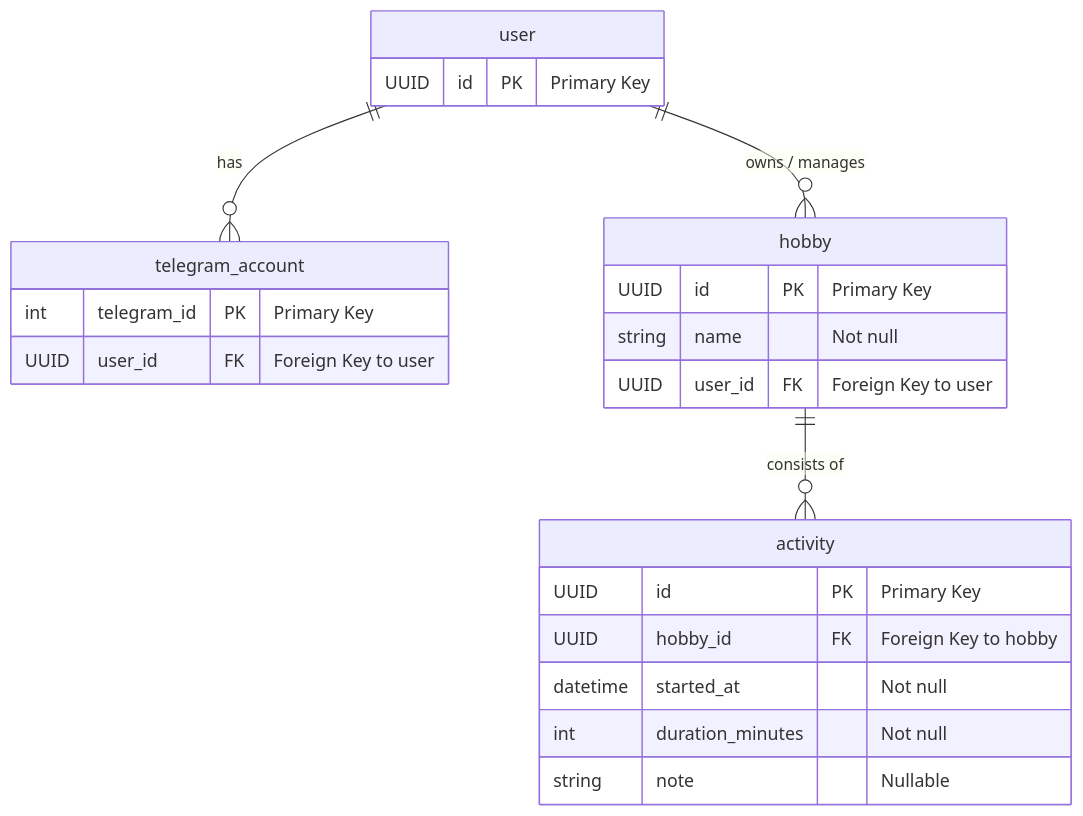
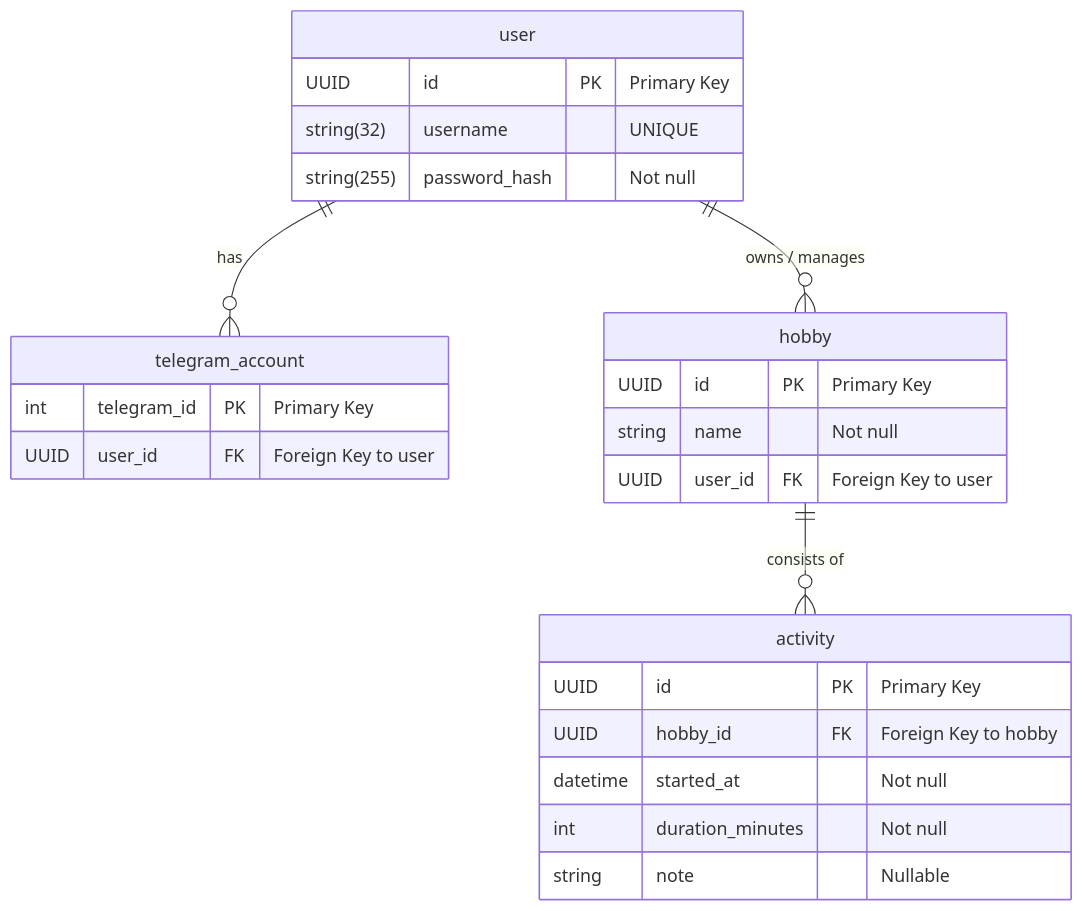
One commit to griy-rerere/hobby-tracker-infrastructure changed the diagram in README.md. Above: the diagram before and after it, drawn with Mermaid. The commit also changed other lines of this file and 3 other files, not shown here.

````diff
--- a/README.md
+++ b/README.md
@@ -25,25 +25,27 @@
 ```mermaid
 erDiagram
     user {
         UUID id PK "Primary Key"
+        string(32) username "UNIQUE"
+        string(255) password_hash "Not null"
     }
     telegram_account {
         int telegram_id PK "Primary Key"
         UUID user_id FK "Foreign Key to user"
     }
     hobby {
         UUID id PK "Primary Key"
         string name "Not null"
         UUID user_id FK "Foreign Key to user"
     }
     activity {
         UUID id PK "Primary Key"
         UUID hobby_id FK "Foreign Key to hobby"
         datetime started_at "Not null"
         int duration_minutes "Not null"
         string note "Nullable"
     }
     user ||--o{ hobby : "owns / manages"
     user ||--o{ telegram_account: "has"
     hobby ||--o{ activity : "consists of"
 ```
````
